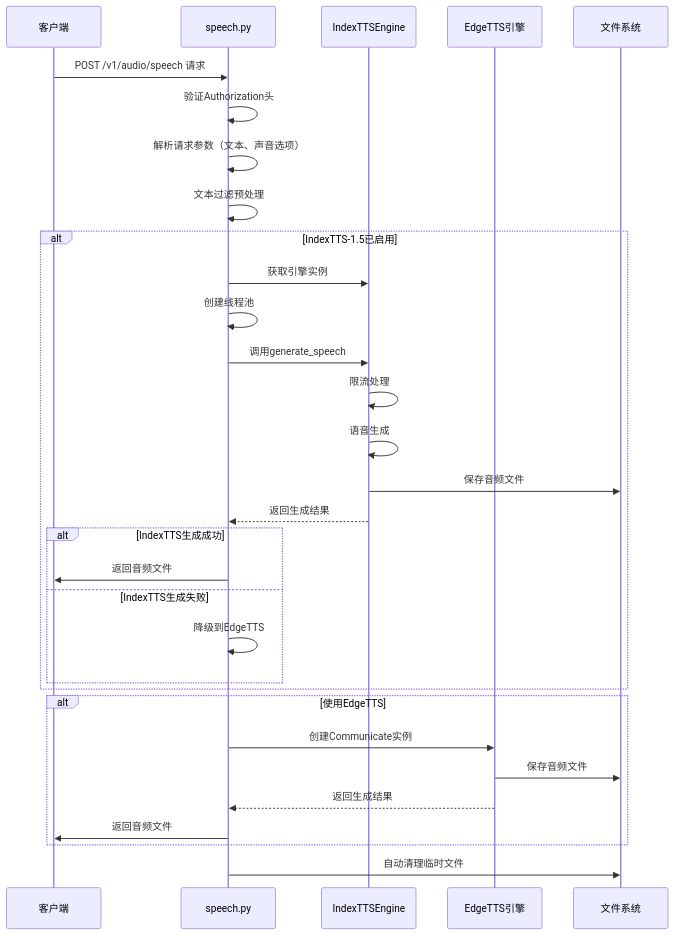
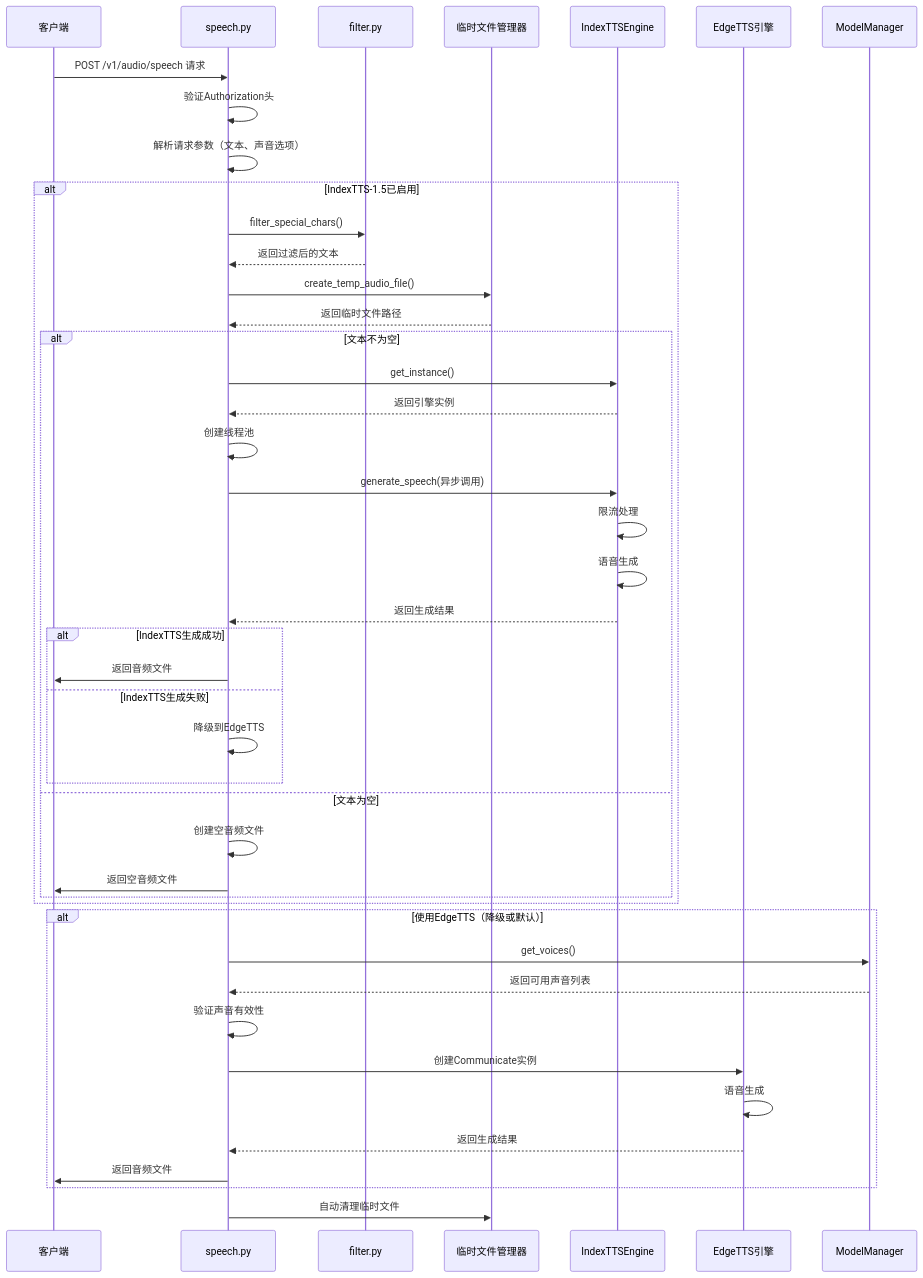
Before and after one commit to eogee/any4any: the second of 4 diagrams in docs/zh/TTS实现与集成说明文档.md, drawn with Mermaid. The commit also changed other lines of this file and 10 other files, not shown here.

````diff
--- a/docs/zh/TTS实现与集成说明文档.md
+++ b/docs/zh/TTS实现与集成说明文档.md
@@ -41,38 +61,52 @@
 ```mermaid
 sequenceDiagram
     participant Client as 客户端
     participant SpeechAPI as speech.py
+    participant Filter as filter.py
+    participant TempFileManager as 临时文件管理器
     participant IndexTTS as IndexTTSEngine
     participant EdgeTTS as EdgeTTS引擎
-    participant FileSystem as 文件系统
-    
+    participant ModelManager as ModelManager
+
     Client->>SpeechAPI: POST /v1/audio/speech 请求
     SpeechAPI->>SpeechAPI: 验证Authorization头
     SpeechAPI->>SpeechAPI: 解析请求参数（文本、声音选项）
-    SpeechAPI->>SpeechAPI: 文本过滤预处理
-    
+
     alt IndexTTS-1.5已启用
-        SpeechAPI->>IndexTTS: 获取引擎实例
-        SpeechAPI->>SpeechAPI: 创建线程池
-        SpeechAPI->>IndexTTS: 调用generate_speech
-        IndexTTS->>IndexTTS: 限流处理
-        IndexTTS->>IndexTTS: 语音生成
-        IndexTTS->>FileSystem: 保存音频文件
-        IndexTTS-->>SpeechAPI: 返回生成结果
-        
-        alt IndexTTS生成成功
-            SpeechAPI->>Client: 返回音频文件
-        else IndexTTS生成失败
-            SpeechAPI->>SpeechAPI: 降级到EdgeTTS
+        SpeechAPI->>Filter: filter_special_chars()
+        Filter-->>SpeechAPI: 返回过滤后的文本
+        SpeechAPI->>TempFileManager: create_temp_audio_file()
+        TempFileManager-->>SpeechAPI: 返回临时文件路径
+
+        alt 文本不为空
+            SpeechAPI->>IndexTTS: get_instance()
+            IndexTTS-->>SpeechAPI: 返回引擎实例
+            SpeechAPI->>SpeechAPI: 创建线程池
+            SpeechAPI->>IndexTTS: generate_speech(异步调用)
+            IndexTTS->>IndexTTS: 限流处理
+            IndexTTS->>IndexTTS: 语音生成
+            IndexTTS-->>SpeechAPI: 返回生成结果
+
+            alt IndexTTS生成成功
+                SpeechAPI->>Client: 返回音频文件
+            else IndexTTS生成失败
+                SpeechAPI->>SpeechAPI: 降级到EdgeTTS
+            end
+        else 文本为空
+            SpeechAPI->>SpeechAPI: 创建空音频文件
+            SpeechAPI->>Client: 返回空音频文件
         end
     end
-    
-    alt 使用EdgeTTS
+
+    alt 使用EdgeTTS（降级或默认）
+        SpeechAPI->>ModelManager: get_voices()
+        ModelManager-->>SpeechAPI: 返回可用声音列表
+        SpeechAPI->>SpeechAPI: 验证声音有效性
         SpeechAPI->>EdgeTTS: 创建Communicate实例
-        EdgeTTS->>FileSystem: 保存音频文件
+        EdgeTTS->>EdgeTTS: 语音生成
         EdgeTTS-->>SpeechAPI: 返回生成结果
         SpeechAPI->>Client: 返回音频文件
     end
-    
-    SpeechAPI->>FileSystem: 自动清理临时文件
+
+    SpeechAPI->>TempFileManager: 自动清理临时文件
 ```
````
